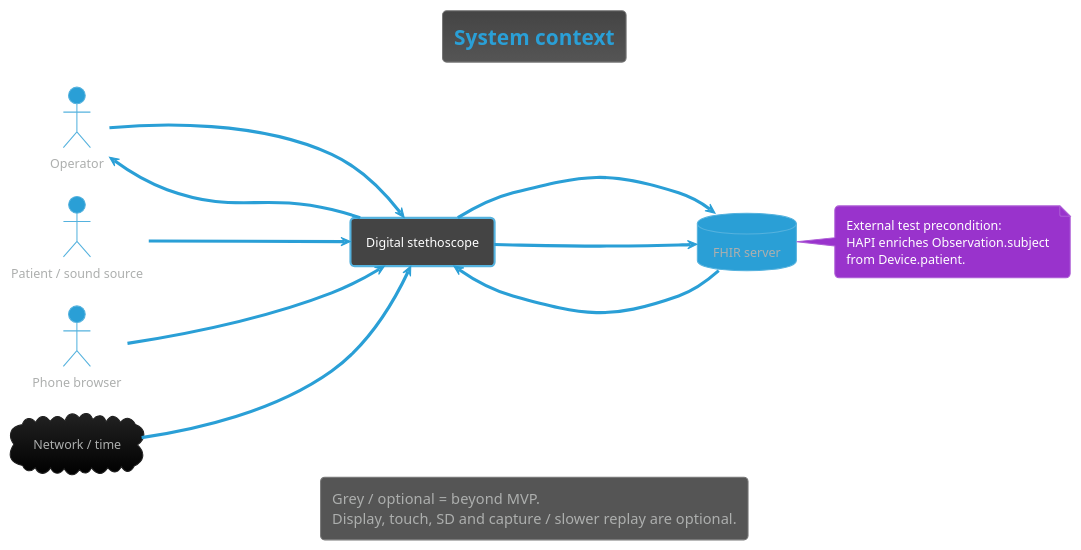
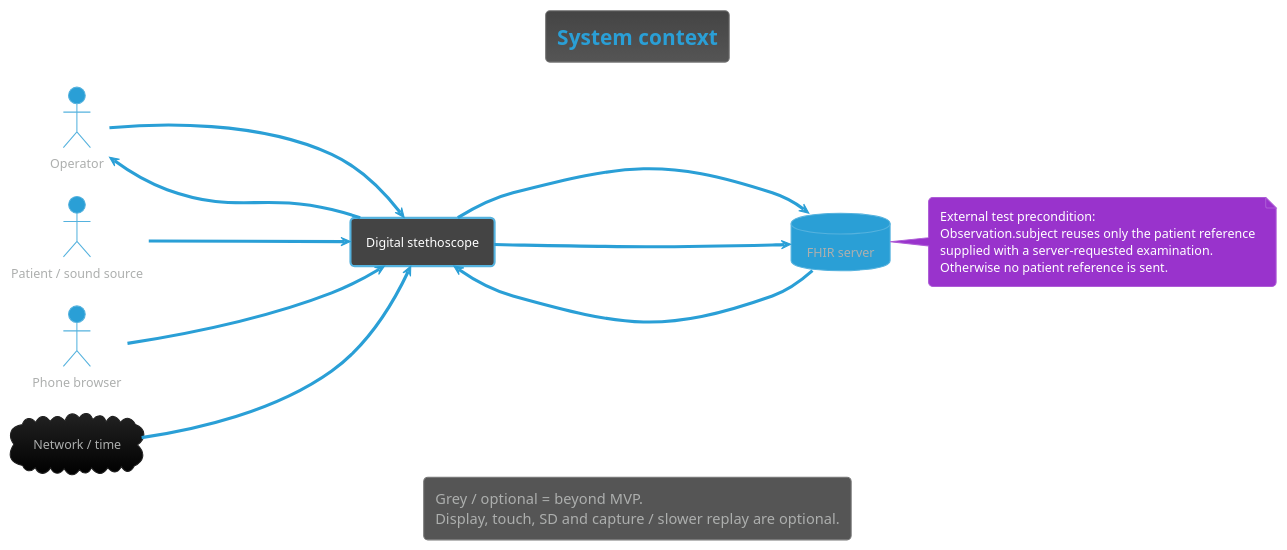
The diagram in Development/system/architecture/system/system-context.puml (DemonicPsychoII/DigitalStethoscope), drawn with PlantUML before and after one commit. The commit also changed 1 other file, not shown here.

Commit message:
documentation: align system context with the owner patient rule
Committed by GPT-6.1-Sol on behalf of Nico running in codex.

```diff
--- a/Development/system/architecture/system/system-context.puml
+++ b/Development/system/architecture/system/system-context.puml
@@ -1,42 +1,43 @@
 @startuml system_context
 !theme cyborg
 !pragma layout smetana
 skinparam shadowing false
 skinparam component {
  BackgroundColor<<optional>> #273241
  BorderColor<<optional>> #61738a
  FontColor<<optional>> #b8c4d4
 }
 skinparam artifact {
  BackgroundColor<<optional>> #273241
  BorderColor<<optional>> #61738a
  FontColor<<optional>> #b8c4d4
 }
 skinparam componentStyle rectangle
 skinparam defaultFontName SansSerif
 title System context
 left to right direction
 actor "Operator" as operator
 actor "Patient / sound source" as source
 actor "Phone browser" as phone
 rectangle "Digital stethoscope" as device
 database "FHIR server" as fhir
 cloud "Network / time" as net
 source --> device : sound
 operator --> device : controls
 device --> operator : audio / optional display
-device --> fhir : BPM Observation (Device;\nno patient from device)\nWi-Fi / HTTPS
+device --> fhir : BPM Observation (Device;\npatient only from requested examination)\nWi-Fi / HTTPS
 fhir --> device : status (receipt)
 net --> device : connectivity / time
 phone --> device : Wi-Fi network + password\nhotspot page (Idle only)
 device --> fhir : Device registration\n(once, id kept in flash)
 legend bottom
   Grey / optional = beyond MVP.
   Display, touch, SD and capture / slower replay are optional.
 endlegend
 note right of fhir
 External test precondition:
-HAPI enriches Observation.subject
-from Device.patient.
+Observation.subject reuses only the patient reference
+supplied with a server-requested examination.
+Otherwise no patient reference is sent.
 end note
 @enduml
```
